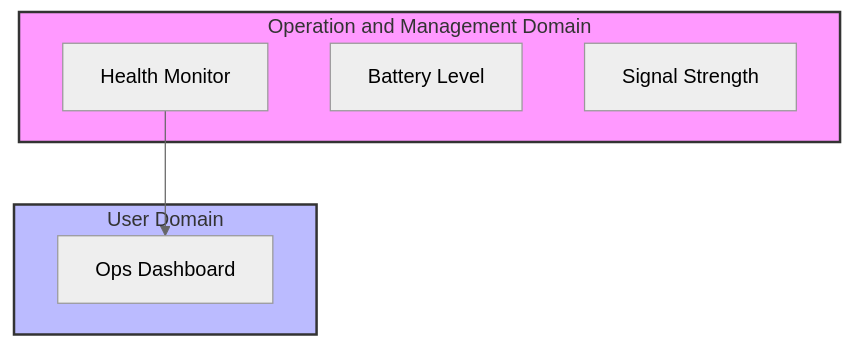
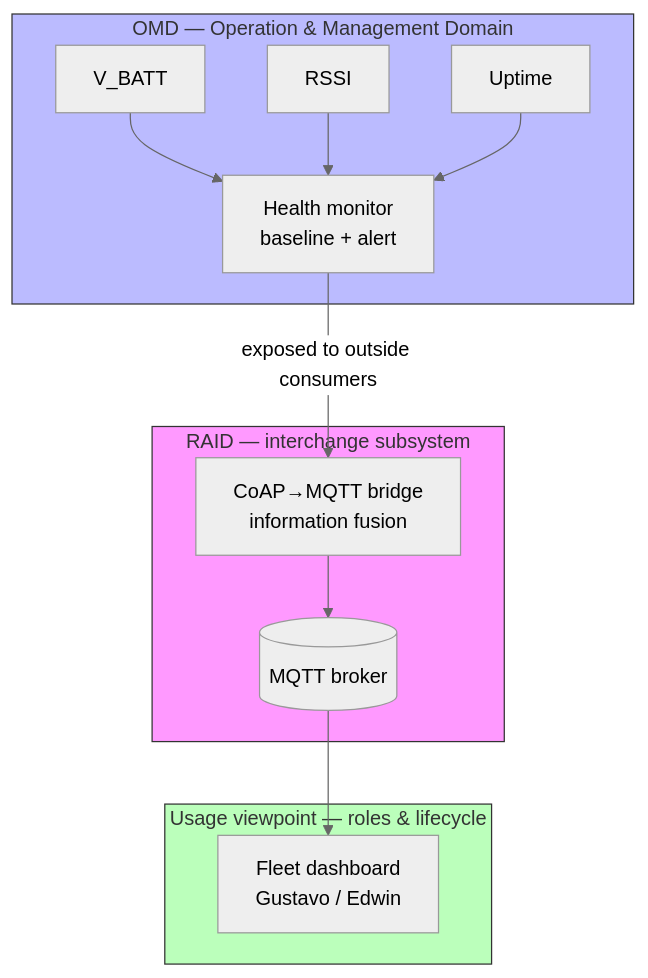
Before and after one commit to lgambab/4201327-IoT_Systems_Design_Labs: the diagram in en/labs/lab7.md, drawn with Mermaid (neutral theme). The commit also changed other lines of this file and 2 other files, not shown here.

First line of the commit message:
Add Lab 7 Lecture and SOP-07 for Telemetry, Dashboard & CoAP→MQTT Bridge

````diff
--- a/en/labs/lab7.md
+++ b/en/labs/lab7.md
@@ -46,15 +35,26 @@
 ```mermaid
 graph TD
-    subgraph OMD [Operation and Management Domain]
-        Health[Health Monitor]
-        Battery[Battery Level]
-        RSSI[Signal Strength]
+    subgraph OMD [OMD — Operation & Management Domain]
+        Batt[V_BATT]
+        Rssi[RSSI]
+        Up[Uptime]
+        Health[Health monitor<br/>baseline + alert]
     end
-    subgraph UD [User Domain]
-        Dashboard[Ops Dashboard]
+    subgraph RAID [RAID — interchange subsystem]
+        Bridge[CoAP→MQTT bridge<br/>information fusion]
+        Broker[(MQTT broker)]
     end
-    Health --> Dashboard
-    
-    style OMD fill:#f9f,stroke:#333,stroke-width:2px
-    style UD fill:#bbf,stroke:#333,stroke-width:2px
+    subgraph USAGE [Usage viewpoint — roles & lifecycle]
+        Dash[Fleet dashboard<br/>Gustavo / Edwin]
+    end
+    Batt --> Health
+    Rssi --> Health
+    Up --> Health
+    Health -->|exposed to outside consumers| Bridge
+    Bridge --> Broker
+    Broker --> Dash
+
+    style OMD fill:#bbf,stroke:#333
+    style RAID fill:#f9f,stroke:#333
+    style USAGE fill:#bfb,stroke:#333
 ```
````
